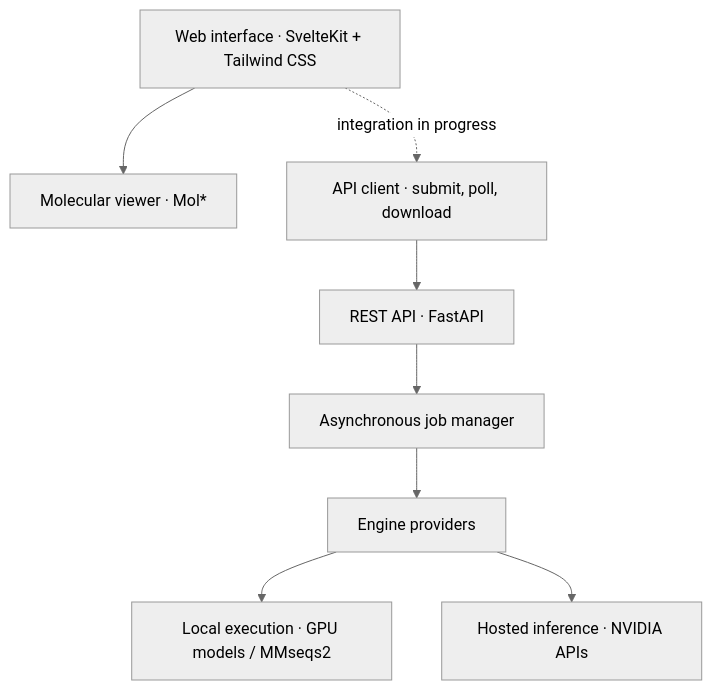
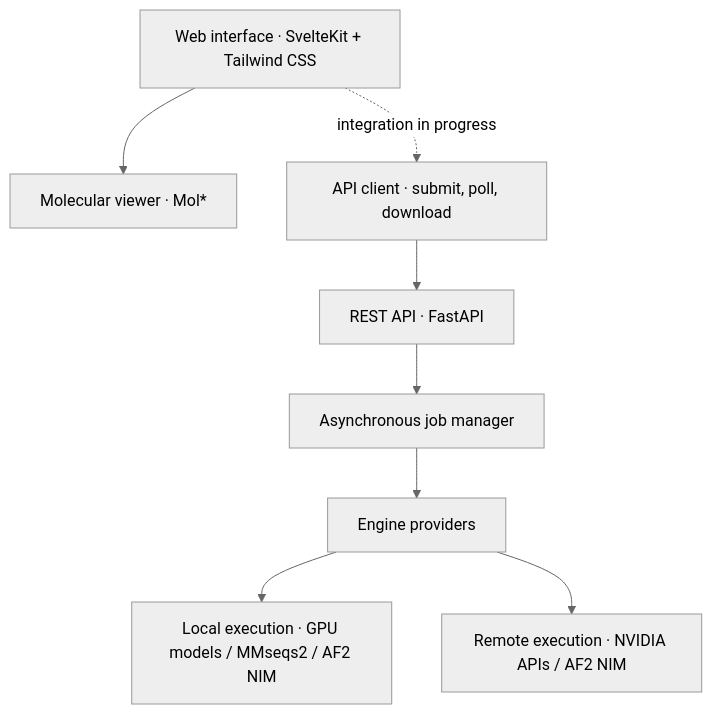
Before and after one commit to HiroGitea/protein-platform: the diagram in README.en.md, drawn with Mermaid (neutral theme). The commit also changed other lines of this file and 17 other files, not shown here.

````diff
--- a/README.en.md
+++ b/README.en.md
@@ -202,19 +202,19 @@
 ```mermaid
 flowchart TD
     UI["Web interface · SvelteKit + Tailwind CSS"]
     Viewer["Molecular viewer · Mol*"]
     Client["API client · submit, poll, download"]
     API["REST API · FastAPI"]
     Jobs["Asynchronous job manager"]
     Engines["Engine providers"]
-    Local["Local execution · GPU models / MMseqs2"]
-    Remote["Hosted inference · NVIDIA APIs"]
+    Local["Local execution · GPU models / MMseqs2 / AF2 NIM"]
+    Remote["Remote execution · NVIDIA APIs / AF2 NIM"]
 
     UI --> Viewer
     UI -. integration in progress .-> Client
     Client --> API
     API --> Jobs
     Jobs --> Engines
     Engines --> Local
     Engines --> Remote
 ```
````
